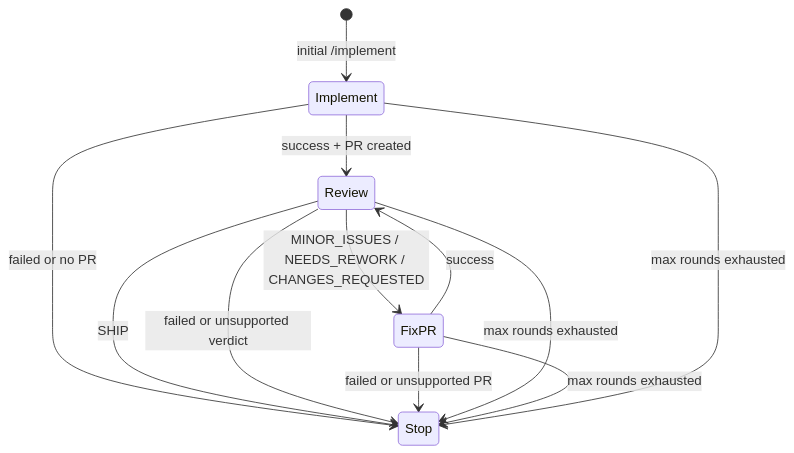
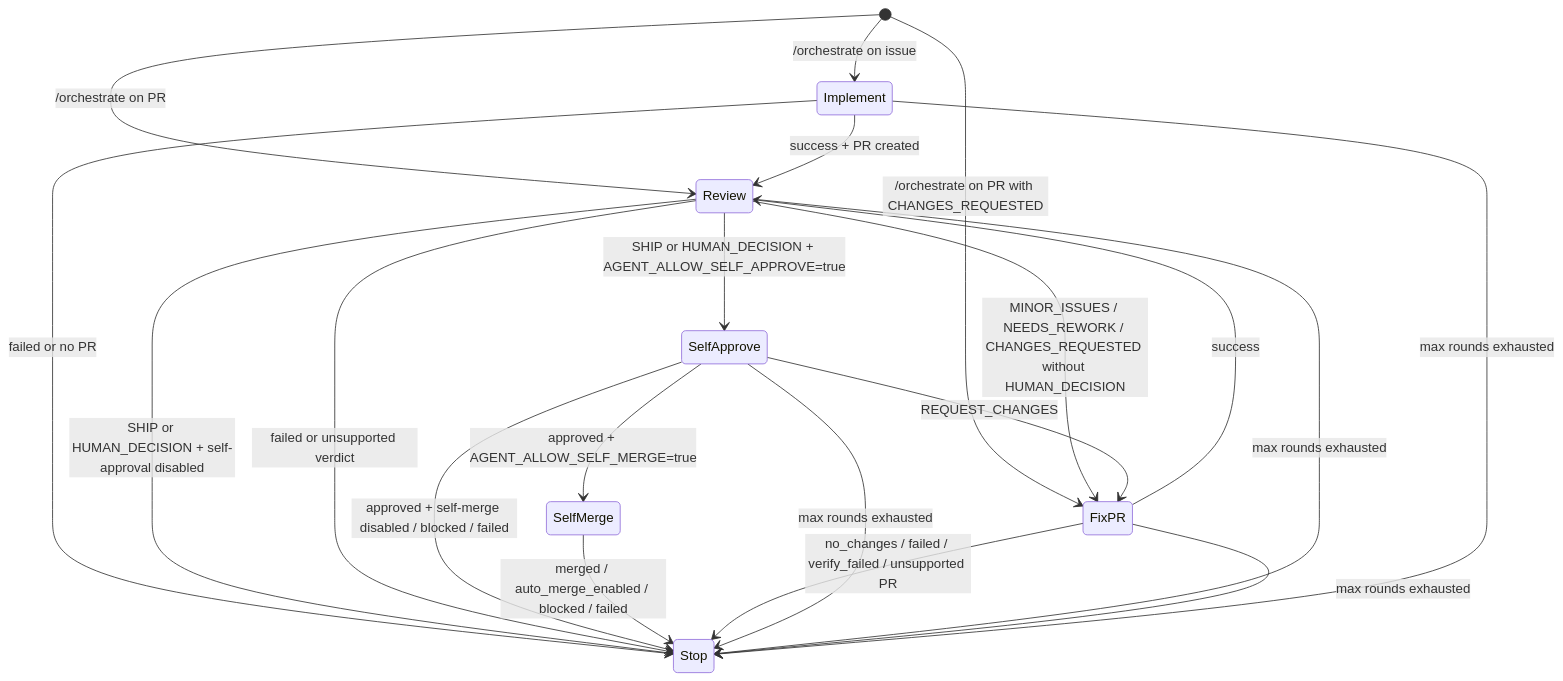
Before and after one commit to self-evolving/literature-template: the diagram in .agent/docs/technical-details/agent-orchestrator.md, drawn with Mermaid. The commit also changed other lines of this file and 817 other files, not shown here.

````diff
--- a/.agent/docs/technical-details/agent-orchestrator.md
+++ b/.agent/docs/technical-details/agent-orchestrator.md
@@ -19,17 +18,27 @@
 ```mermaid
 stateDiagram-v2
-    [*] --> Implement: initial /implement
+    [*] --> Implement: /orchestrate on issue
+    [*] --> Review: /orchestrate on PR
+    [*] --> FixPR: /orchestrate on PR with CHANGES_REQUESTED
+
     Implement --> Review: success + PR created
     Implement --> Stop: failed or no PR
 
-    Review --> FixPR: MINOR_ISSUES / NEEDS_REWORK / CHANGES_REQUESTED
-    Review --> Stop: SHIP
+    Review --> SelfApprove: SHIP or HUMAN_DECISION + AGENT_ALLOW_SELF_APPROVE=true
+    Review --> FixPR: MINOR_ISSUES / NEEDS_REWORK / CHANGES_REQUESTED without HUMAN_DECISION
+    Review --> Stop: SHIP or HUMAN_DECISION + self-approval disabled
     Review --> Stop: failed or unsupported verdict
 
+    SelfApprove --> FixPR: REQUEST_CHANGES
+    SelfApprove --> SelfMerge: approved + AGENT_ALLOW_SELF_MERGE=true
+    SelfApprove --> Stop: approved + self-merge disabled / blocked / failed
+    SelfMerge --> Stop: merged / auto_merge_enabled / blocked / failed
+
     FixPR --> Review: success
-    FixPR --> Stop: failed or unsupported PR
+    FixPR --> Stop: no_changes / failed / verify_failed / unsupported PR
 
+    SelfApprove --> Stop: max rounds exhausted
     Review --> Stop: max rounds exhausted
     FixPR --> Stop: max rounds exhausted
     Implement --> Stop: max rounds exhausted
 ```
````
